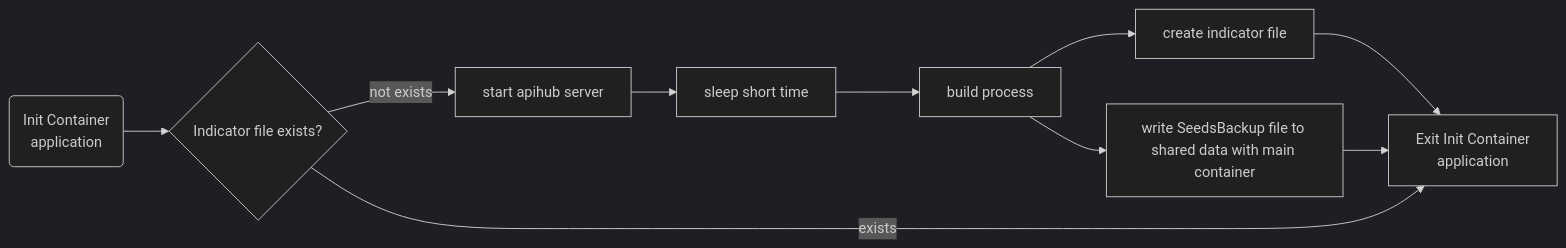
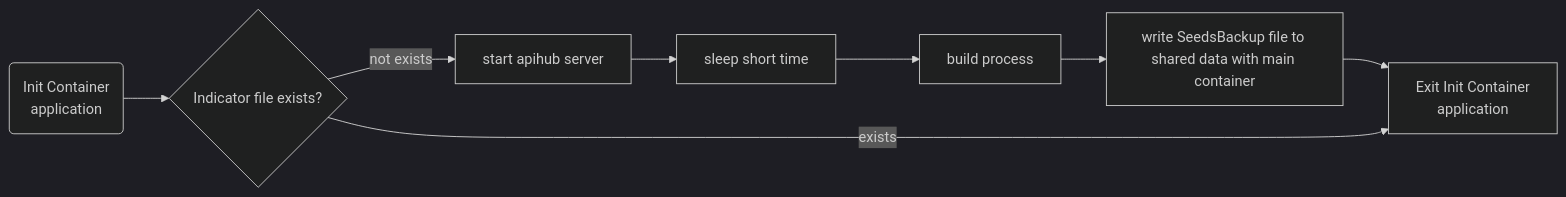
The fifth of 6 diagrams in charts/epi/README.md (PharmaLedger-IMI/helmchart-ethadapter), drawn with Mermaid (dark theme) before and after one commit. The commit also changed other lines of this file and 1 other file, not shown here.

````diff
--- a/charts/epi/README.md
+++ b/charts/epi/README.md
@@ -108,12 +108,10 @@
 ```mermaid
 flowchart LR
 D(Init Container<br/>application) --> E{Indicator file exists?}
 E -->|not exists| F[start apihub server]
 F --> G[sleep short time]
 G --> H[build process]
-H --> I[create indicator file]
-H --> J[write SeedsBackup file to shared data with main container]
-I --> K
-J --> K
-E -->|exists| K[Exit Init Container<br/>application]
+H --> I[write SeedsBackup file to shared data with main container]
+I --> J
+E -->|exists| J[Exit Init Container<br/>application]
 ```
````
